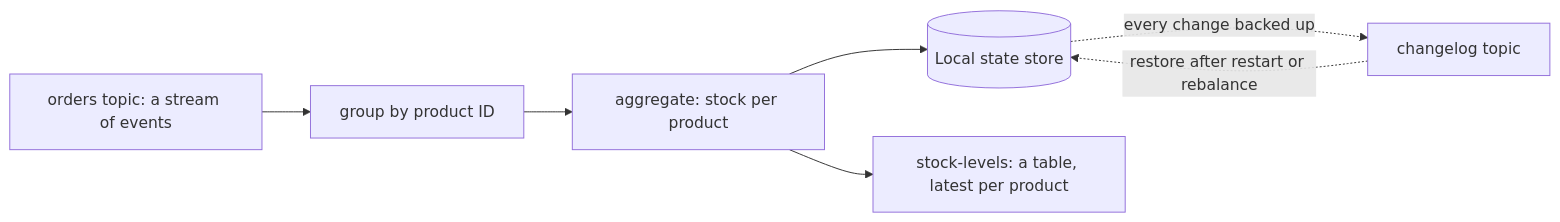
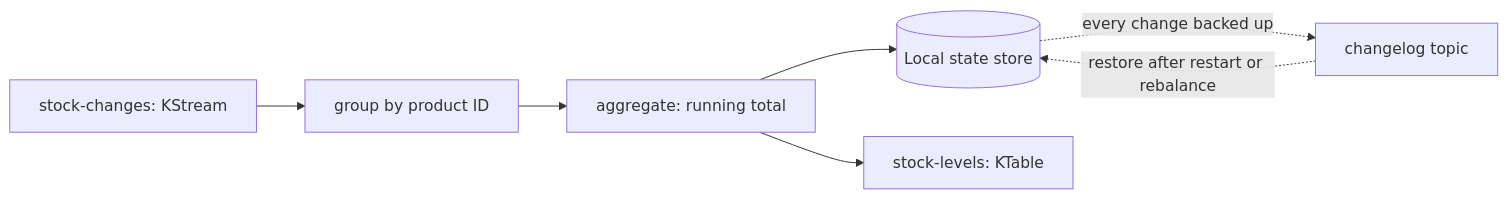
One commit to jubin-techwiz/learning changed the second of 2 diagrams in notes/02-messaging/02-kafka/14-kafka-streams-basics.md. Above: the diagram before and after it, drawn with Mermaid. The commit also changed other lines of this file and 37 other files, not shown here.

````diff
--- a/notes/02-messaging/02-kafka/14-kafka-streams-basics.md
+++ b/notes/02-messaging/02-kafka/14-kafka-streams-basics.md
@@ -43,9 +69,9 @@
 ```mermaid
 flowchart LR
-    I[orders topic: a stream of events] --> G[group by product ID]
-    G --> A[aggregate: stock per product]
+    I[stock-changes: KStream] --> G[group by product ID]
+    G --> A[aggregate: running total]
     A --> S[(Local state store)]
     S -.->|every change backed up| CL[changelog topic]
-    A --> T[stock-levels: a table, latest per product]
+    A --> T[stock-levels: KTable]
     CL -.->|restore after restart or rebalance| S
 ```
````
